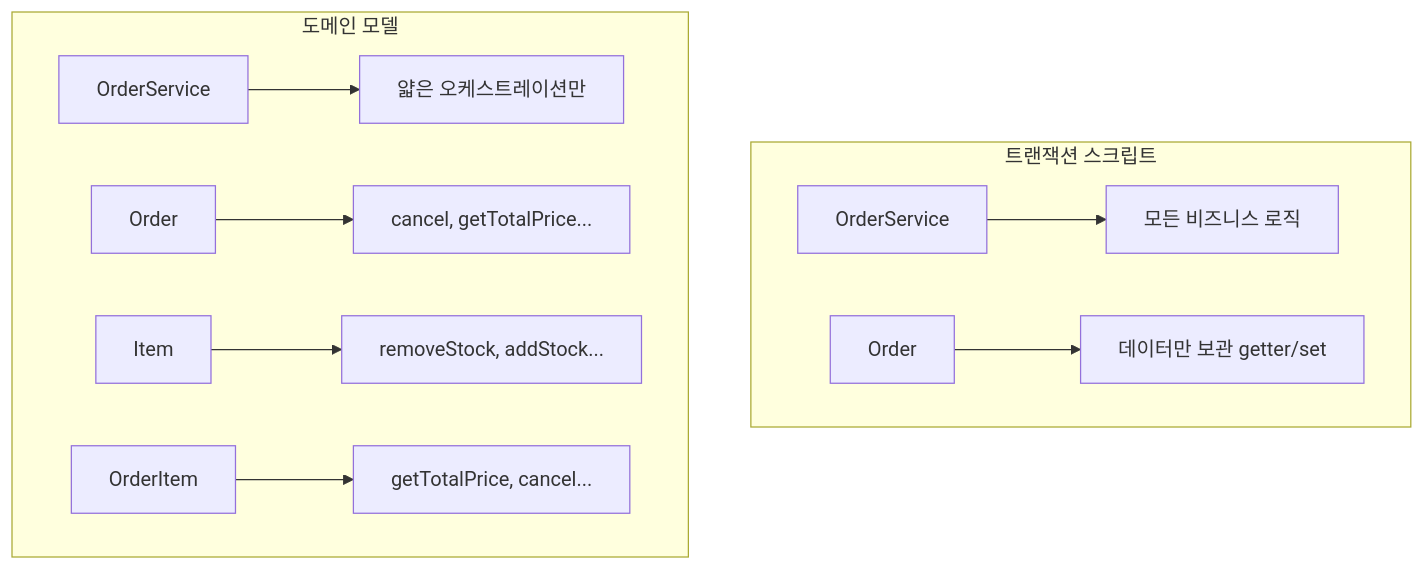
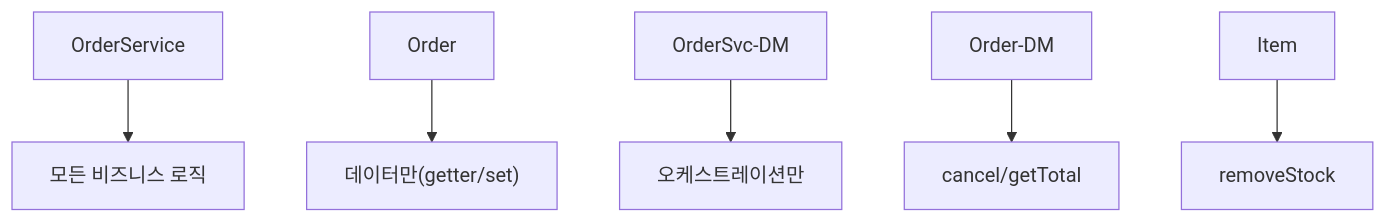
Before and after one commit to yjkim2015/yjkim2015.github.io: the first of 3 diagrams in _posts/spring/2026-05-02-clean-spring-hexagonal.md, drawn with Mermaid. The commit also changed other lines of this file and 155 other files, not shown here.

First line of the commit message:
Mermaid 전면 수정: subgraph 제거, participant/노드/줄수 축소 (342블록)

````diff
--- a/_posts/spring/2026-05-02-clean-spring-hexagonal.md
+++ b/_posts/spring/2026-05-02-clean-spring-hexagonal.md
@@ -184,13 +184,8 @@
 ```mermaid
 graph TD
-    subgraph "트랜잭션 스크립트"
-        A[OrderService] --> B["모든 비즈니스 로직"]
-        C[Order] --> D["데이터만 보관 getter/set"]
-    end
-    subgraph "도메인 모델"
-        E[OrderService] --> F["얇은 오케스트레이션만"]
-        G[Order] --> H[cancel, getTotalPrice...]
-        I[Item] --> J[removeStock, addStock...]
-        K[OrderItem] --> L[getTotalPrice, cancel...]
-    end
+    A[OrderService] --> B["모든 비즈니스 로직"]
+    C[Order] --> D["데이터만(getter/set)"]
+    E[OrderSvc-DM] --> F["오케스트레이션만"]
+    G[Order-DM] --> H["cancel/getTotal"]
+    I[Item] --> J["removeStock"]
 ```
````
